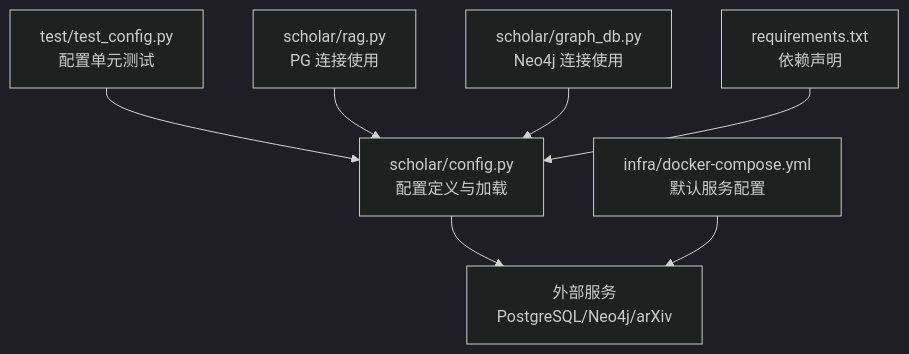
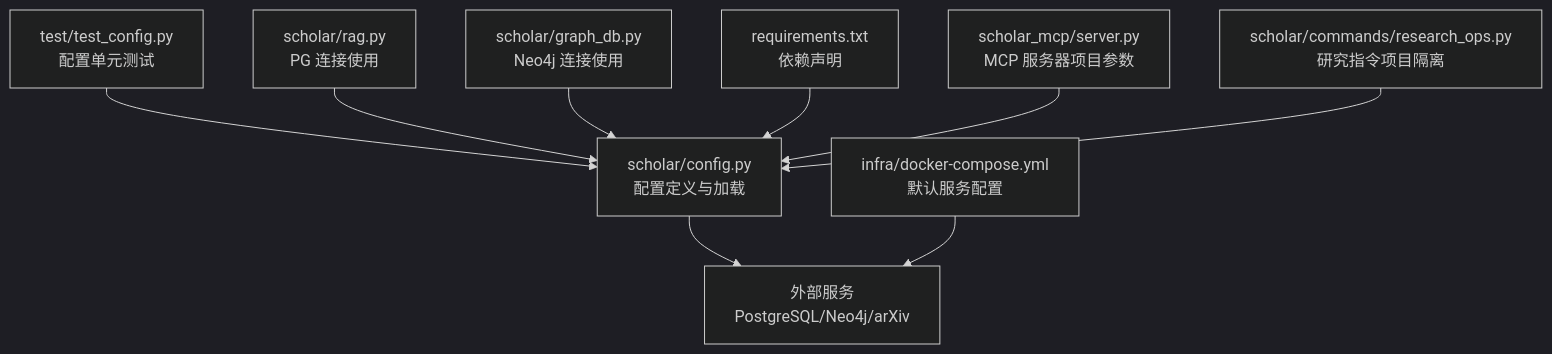
The first of 8 diagrams in .qoder/repowiki/zh/content/Python后端系统/配置管理系统.md (1173591564/academic-based-qoder), drawn with Mermaid (dark theme) before and after one commit. The commit also changed other lines of this file and 68 other files, not shown here.

````diff
--- a/.qoder/repowiki/zh/content/Python后端系统/配置管理系统.md
+++ b/.qoder/repowiki/zh/content/Python后端系统/配置管理系统.md
@@ -38,9 +44,11 @@
 ```mermaid
 graph TB
 A["scholar/config.py<br/>配置定义与加载"] --> B["外部服务<br/>PostgreSQL/Neo4j/arXiv"]
 C["test/test_config.py<br/>配置单元测试"] --> A
 D["infra/docker-compose.yml<br/>默认服务配置"] --> B
 E["scholar/rag.py<br/>PG 连接使用"] --> A
 F["scholar/graph_db.py<br/>Neo4j 连接使用"] --> A
 G["requirements.txt<br/>依赖声明"] --> A
+H["scholar_mcp/server.py<br/>MCP 服务器项目参数"] --> A
+I["scholar/commands/research_ops.py<br/>研究指令项目隔离"] --> A
 ```
````
